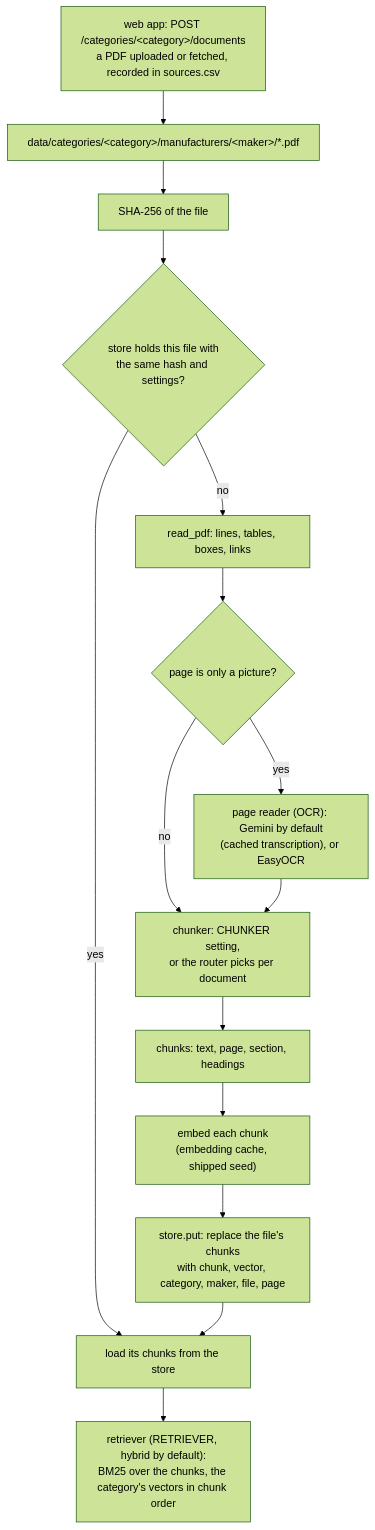
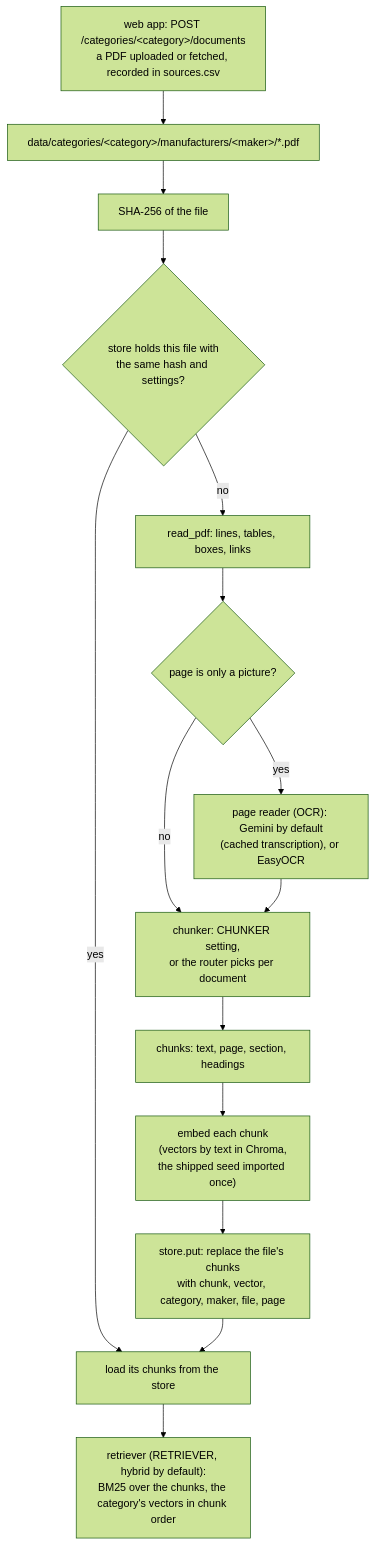
Before and after one commit to Shrau1711/tender-requirement-matcher: the second of 3 diagrams in docs/architecture.md, drawn with Mermaid (forest theme). The commit also changed other lines of this file and 18 other files, not shown here.

First line of the commit message:
Chroma as the only store of vectors; Chroma's own ranking as an option (not identical, so not the default)

````diff
--- a/docs/architecture.md
+++ b/docs/architecture.md
@@ -67,17 +67,17 @@
 ```mermaid
 flowchart TD
     ADD["web app: POST /categories/&lt;category&gt;/documents<br/>a PDF uploaded or fetched, recorded in sources.csv"] --> PDF
     PDF["data/categories/&lt;category&gt;/manufacturers/&lt;maker&gt;/*.pdf"] --> HASH["SHA-256 of the file"]
     HASH --> STORED{"store holds this file with<br/>the same hash and settings?"}
     STORED -->|yes| LOAD["load its chunks from the store"]
     STORED -->|no| RP["read_pdf: lines, tables, boxes, links"]
     RP --> PIC{"page is only a picture?"}
     PIC -->|yes| OCR["page reader (OCR): Gemini by default<br/>(cached transcription), or EasyOCR"]
     PIC -->|no| ROUTE
     OCR --> ROUTE["chunker: CHUNKER setting,<br/>or the router picks per document"]
     ROUTE --> CH["chunks: text, page, section, headings"]
-    CH --> EM["embed each chunk<br/>(embedding cache, shipped seed)"]
+    CH --> EM["embed each chunk<br/>(vectors by text in Chroma,<br/>the shipped seed imported once)"]
     EM --> PUT["store.put: replace the file's chunks<br/>with chunk, vector, category, maker, file, page"]
     PUT --> LOAD
     LOAD --> IDX["retriever (RETRIEVER, hybrid by default):<br/>BM25 over the chunks, the category's vectors in chunk order"]
 ```
````
